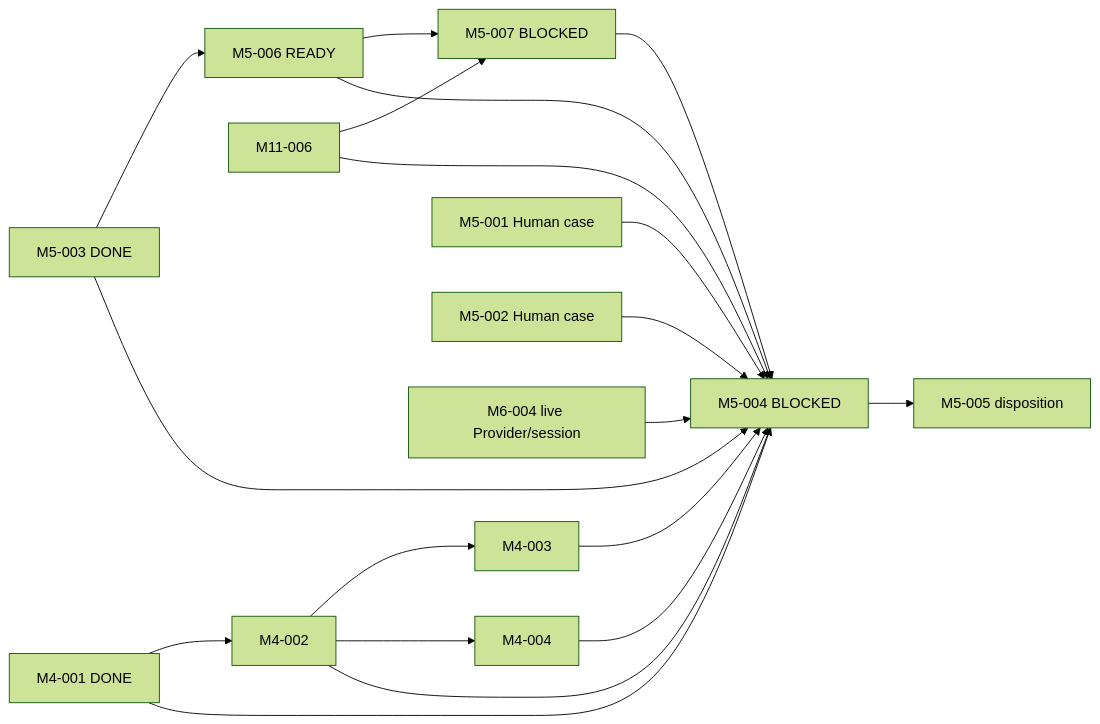
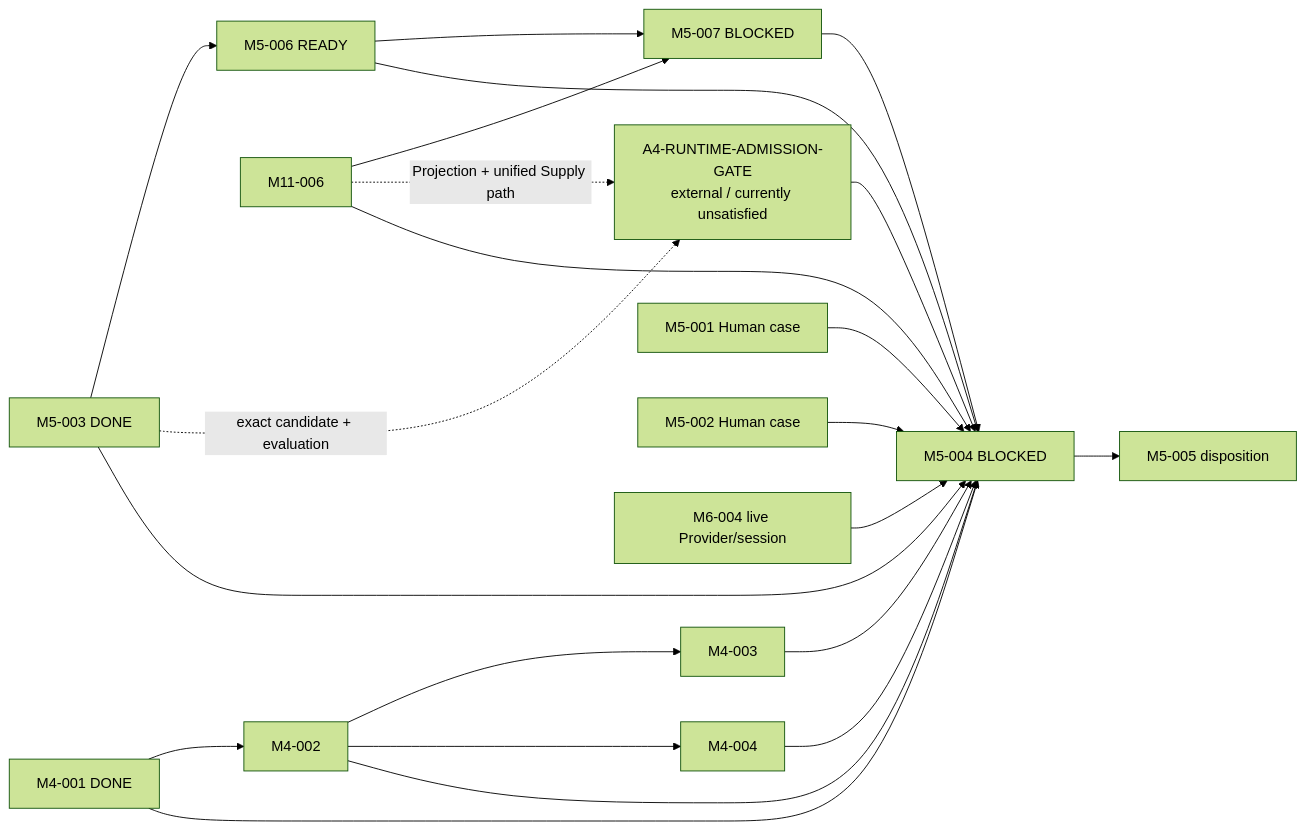
One commit to Chengyue-Lu/research-agent-workbench changed the diagram in docs/workstreams/chengyue-lu/M5-SYSTEM-EVALUATION-DESIGN/README.md. Above: the diagram before and after it, drawn with Mermaid (forest theme). The commit also changed other lines of this file and 9 other files, not shown here.

Commit message:
docs(m5): close A4 runtime admission lineage

````diff
--- a/docs/workstreams/chengyue-lu/M5-SYSTEM-EVALUATION-DESIGN/README.md
+++ b/docs/workstreams/chengyue-lu/M5-SYSTEM-EVALUATION-DESIGN/README.md
@@ -102,23 +126,27 @@
 ```mermaid
 flowchart LR
     M5003["M5-003 DONE"] --> M5006["M5-006 READY"]
     M5006 --> M5007["M5-007 BLOCKED"]
     M1106["M11-006"] --> M5007
+
+    M5003 -. "exact candidate + evaluation" .-> A4G["A4-RUNTIME-ADMISSION-GATE<br/>external / currently unsatisfied"]
+    M1106 -. "Projection + unified Supply path" .-> A4G
+    A4G --> M5004
 
     M4001["M4-001 DONE"] --> M4002["M4-002"]
     M4002 --> M4003["M4-003"]
     M4002 --> M4004["M4-004"]
 
     M5001["M5-001 Human case"] --> M5004["M5-004 BLOCKED"]
     M5002["M5-002 Human case"] --> M5004
     M5003 --> M5004
     M5006 --> M5004
     M5007 --> M5004
     M4001 --> M5004
     M4002 --> M5004
     M4003 --> M5004
     M4004 --> M5004
     M1106 --> M5004
     M6004["M6-004 live Provider/session"] --> M5004
     M5004 --> M5005["M5-005 disposition"]
 ```
````
